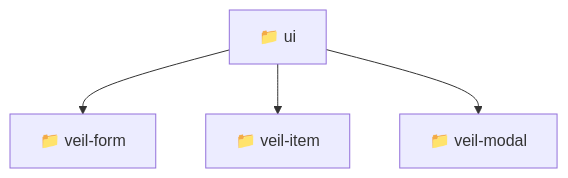
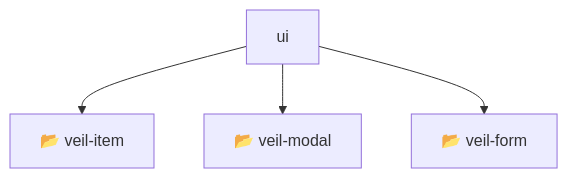
One commit to beginwebdev2002/fullstack-mavluda changed the diagram in frontend/src/pages/veil/ui/README.md. Above: the diagram before and after it, drawn with Mermaid. The commit also changed other lines of this file and 155 other files, not shown here.

````diff
--- a/frontend/src/pages/veil/ui/README.md
+++ b/frontend/src/pages/veil/ui/README.md
@@ -10,7 +14,7 @@
 ```mermaid
 graph TD
-  Root["📁 ui"]
-  Root --> veilform["📁 veil-form"]
-  Root --> veilitem["📁 veil-item"]
-  Root --> veilmodal["📁 veil-modal"]
+    Root[ui]
+    Root --> F0[📂 veil-item]
+    Root --> F1[📂 veil-modal]
+    Root --> F2[📂 veil-form]
 ```
````
